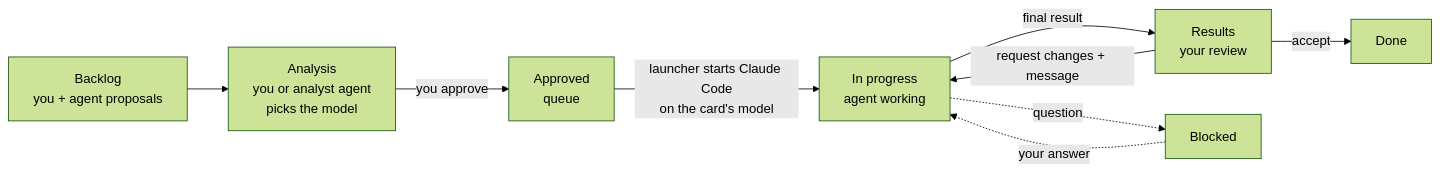
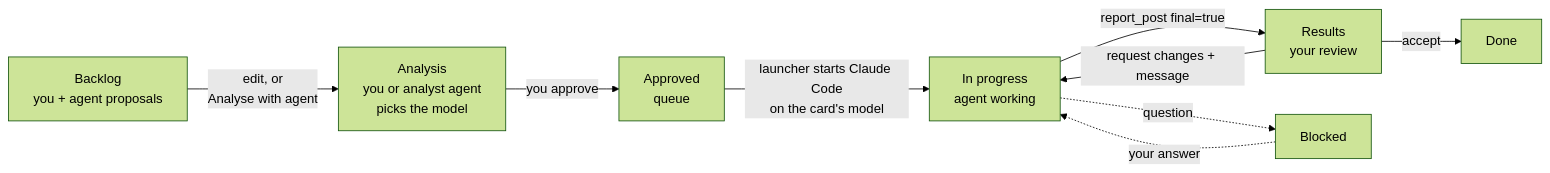
One commit to zepinto/agentic-kanban changed the diagram in README.md. Above: the diagram before and after it, drawn with Mermaid (forest theme). The commit also changed other lines of this file and 11 other files, not shown here.

First line of the commit message:
docs: reports and figure types, analyst and resume modes, channel push

````diff
--- a/README.md
+++ b/README.md
@@ -57,11 +67,11 @@
 ```mermaid
 flowchart LR
-    B[Backlog<br/>you + agent proposals] --> A[Analysis<br/>you or analyst agent<br/>picks the model]
+    B[Backlog<br/>you + agent proposals] -->|edit, or<br/>Analyse with agent| A[Analysis<br/>you or analyst agent<br/>picks the model]
     A -->|you approve| P[Approved<br/>queue]
     P -->|launcher starts Claude Code<br/>on the card's model| I[In progress<br/>agent working]
-    I -->|final result| R[Results<br/>your review]
+    I -->|report_post final=true| R[Results<br/>your review]
     R -->|accept| D[Done]
     R -->|request changes + message| I
     I -.->|question| BL[Blocked]
     BL -.->|your answer| I
 ```
````
